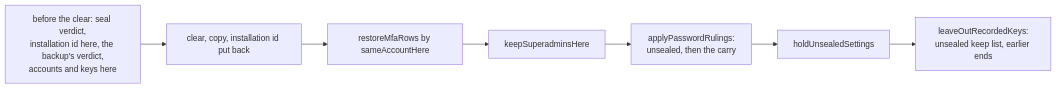
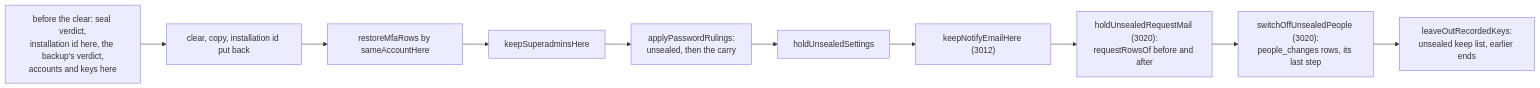
Before and after one commit to gitBoon/DumpFire: the seventh of 34 diagrams in docs/backup-reporting.md, drawn with Mermaid. The commit also changed other lines of this file and 51 other files, not shown here.

````diff
--- a/docs/backup-reporting.md
+++ b/docs/backup-reporting.md
@@ -371,9 +420,12 @@
 ```mermaid
 flowchart LR
     Read6["before the clear: seal verdict,<br/>installation id here, the backup's verdict,<br/>accounts and keys here"] --> Copy6["clear, copy, installation id put back"]
     Copy6 --> Mfa6["restoreMfaRows by sameAccountHere"]
     Mfa6 --> Keep6["keepSuperadminsHere"]
     Keep6 --> Pw6["applyPasswordRulings:<br/>unsealed, then the carry"]
     Pw6 --> Hold6["holdUnsealedSettings"]
-    Hold6 --> Keys6["leaveOutRecordedKeys:<br/>unsealed keep list, earlier ends"]
+    Hold6 --> Notify6["keepNotifyEmailHere (3012)"]
+    Notify6 --> Req6["holdUnsealedRequestMail (3020):<br/>requestRowsOf before and after"]
+    Req6 --> People6["switchOffUnsealedPeople (3020):<br/>people_changes rows, its last step"]
+    People6 --> Keys6["leaveOutRecordedKeys:<br/>unsealed keep list, earlier ends"]
 ```
````
